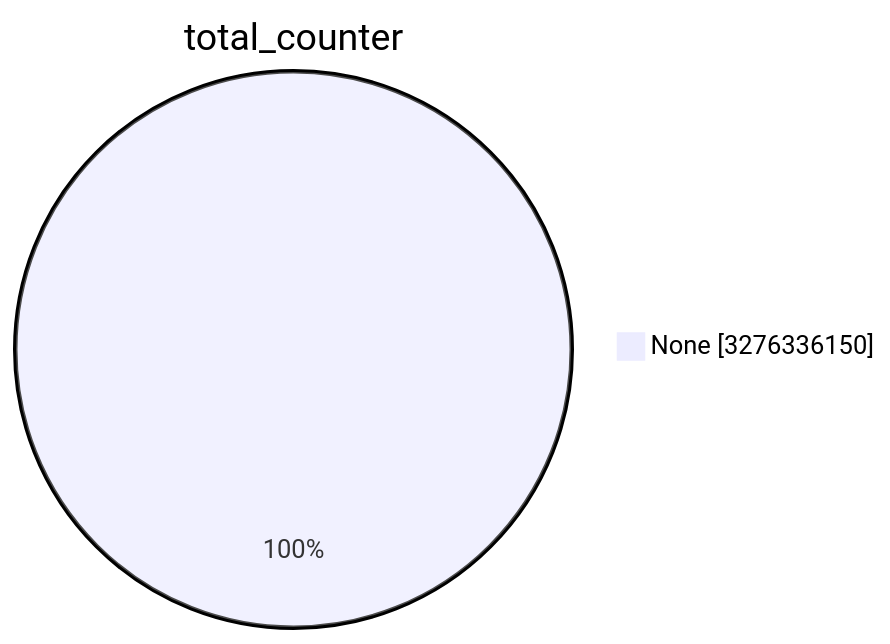
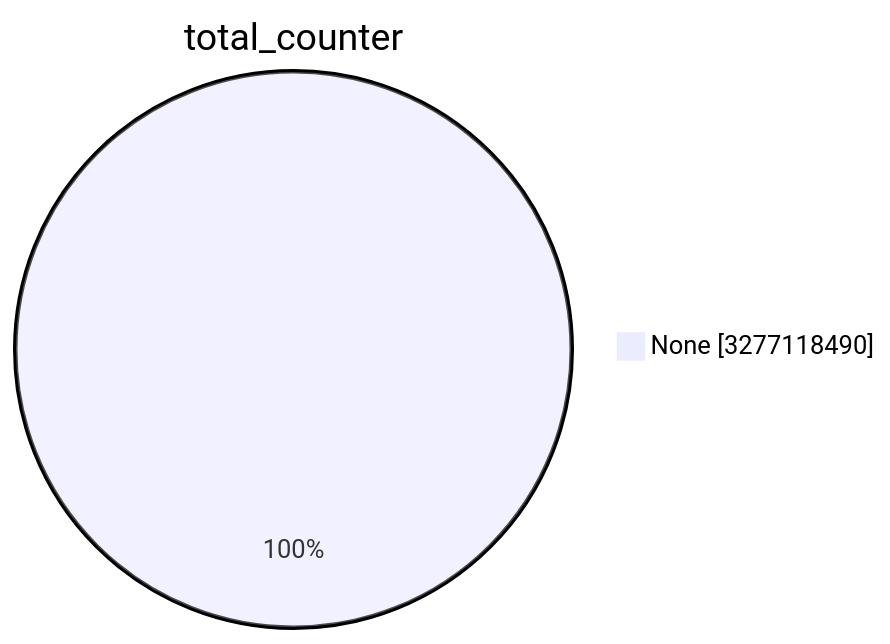
The first of 15 diagrams in TOTAL/README.md (christiankrug/ctmonitor_visualization), drawn with Mermaid before and after one commit. The commit also changed other lines of this file, not shown here.

````diff
--- a/TOTAL/README.md
+++ b/TOTAL/README.md
@@ -1,5 +1,5 @@
 ```mermaid
 pie showData
 title total_counter
-"None" :3276336150
+"None" :3277118490
 ```
````
